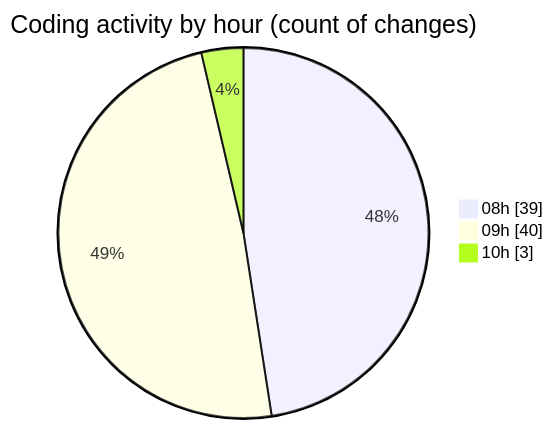
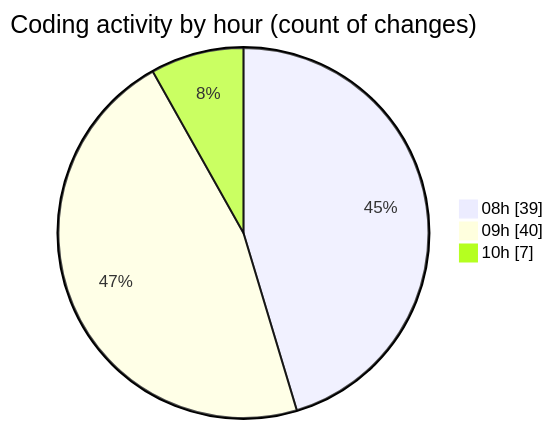
Before and after one commit to CELIANVF/code-tracking: the second of 2 diagrams in 2025-05-16/ecodeli-1/README.md, drawn with Mermaid. The commit also changed other lines of this file and 1 other file, not shown here.

````diff
--- a/2025-05-16/ecodeli-1/README.md
+++ b/2025-05-16/ecodeli-1/README.md
@@ -56,7 +59,7 @@
 ```mermaid
 pie showData
 title Coding activity by hour (count of changes)
 "08h" : 39
 "09h" : 40
-"10h" : 3
+"10h" : 7
 ```
````
